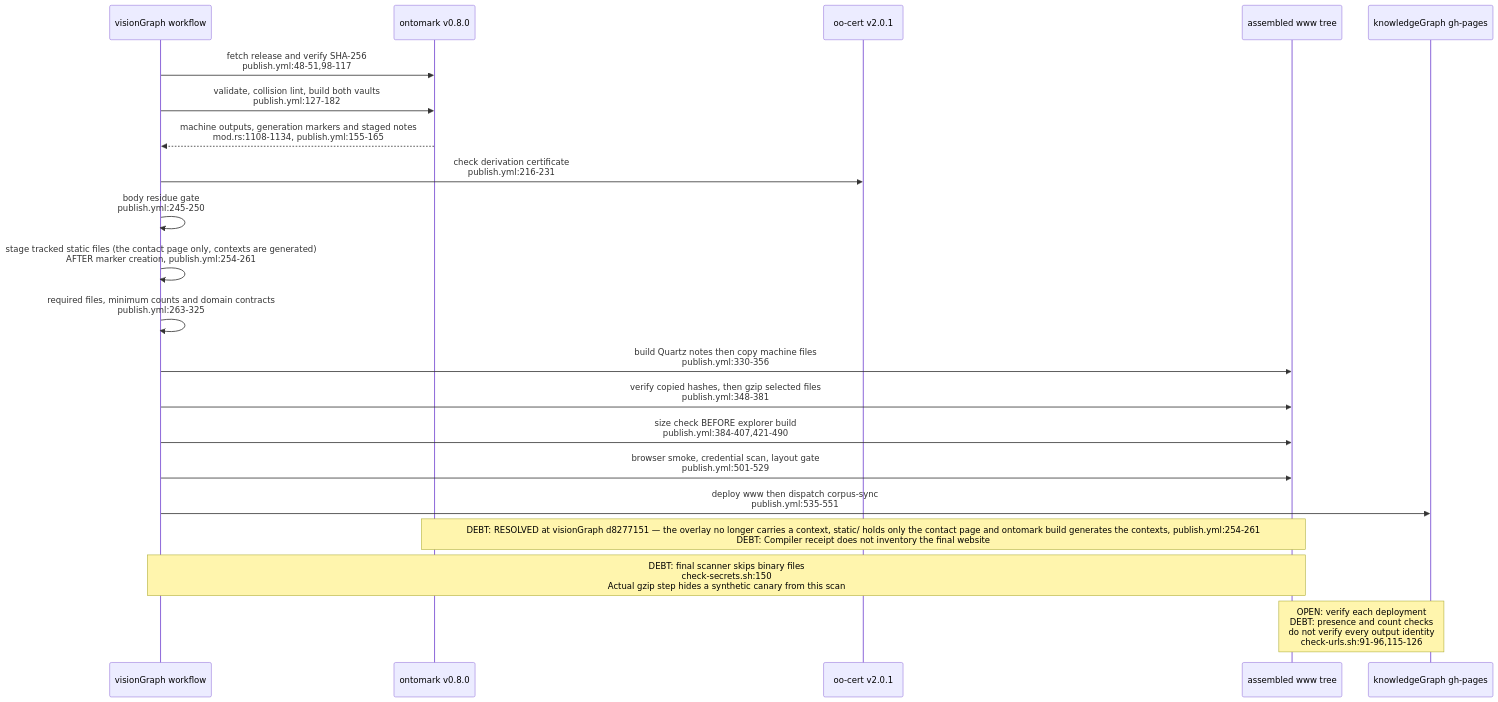
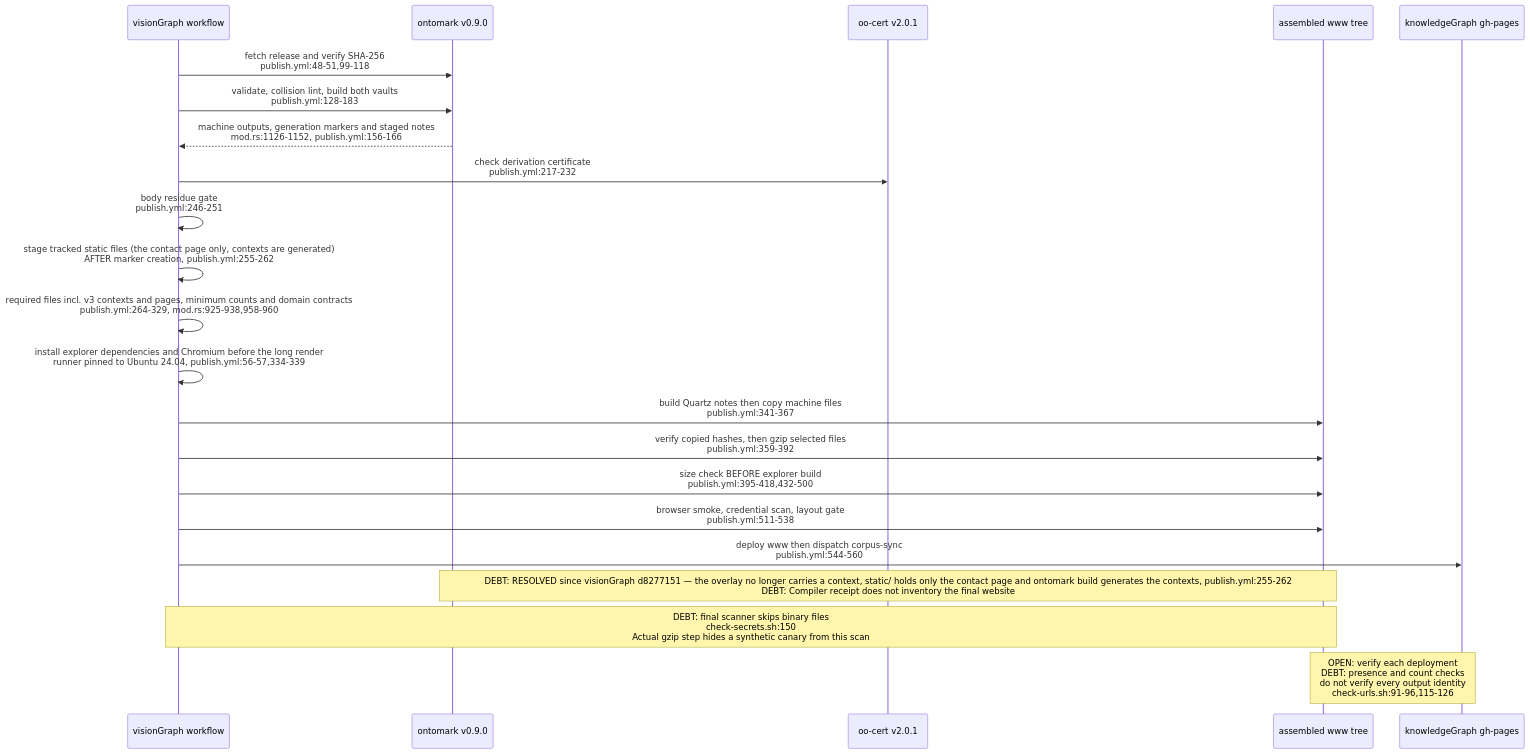
Before and after one commit to DreamLab-AI/VisionFlow: the first of 2 diagrams in docs/diagrams/knowledgegraph/05-ci-cd-and-publish.md, drawn with Mermaid. The commit also changed other lines of this file and 70 other files, not shown here.

First line of the commit message:
docs(diagrams): re-verify 69 topics at current default-branch heads

````diff
--- a/docs/diagrams/knowledgegraph/05-ci-cd-and-publish.md
+++ b/docs/diagrams/knowledgegraph/05-ci-cd-and-publish.md
@@ -31,23 +31,24 @@
 ```mermaid
 sequenceDiagram
     participant V as visionGraph workflow
-    participant O as ontomark v0.8.0
+    participant O as ontomark v0.9.0
     participant C as oo-cert v2.0.1
     participant S as assembled www tree
     participant G as knowledgeGraph gh-pages
-    V->>O: fetch release and verify SHA-256<br/>publish.yml:48-51,98-117
-    V->>O: validate, collision lint, build both vaults<br/>publish.yml:127-182
-    O-->>V: machine outputs, generation markers and staged notes<br/>mod.rs:1108-1134, publish.yml:155-165
-    V->>C: check derivation certificate<br/>publish.yml:216-231
-    V->>V: body residue gate<br/>publish.yml:245-250
-    V->>V: stage tracked static files (the contact page only, contexts are generated)<br/>AFTER marker creation, publish.yml:254-261
-    V->>V: required files, minimum counts and domain contracts<br/>publish.yml:263-325
-    V->>S: build Quartz notes then copy machine files<br/>publish.yml:330-356
-    V->>S: verify copied hashes, then gzip selected files<br/>publish.yml:348-381
-    V->>S: size check BEFORE explorer build<br/>publish.yml:384-407,421-490
-    V->>S: browser smoke, credential scan, layout gate<br/>publish.yml:501-529
-    V->>G: deploy www then dispatch corpus-sync<br/>publish.yml:535-551
-    Note over O,S: DEBT: RESOLVED at visionGraph d8277151 — the overlay no longer carries a context, static/ holds only the contact page and ontomark build generates the contexts, publish.yml:254-261<br/>DEBT: Compiler receipt does not inventory the final website
+    V->>O: fetch release and verify SHA-256<br/>publish.yml:48-51,99-118
+    V->>O: validate, collision lint, build both vaults<br/>publish.yml:128-183
+    O-->>V: machine outputs, generation markers and staged notes<br/>mod.rs:1126-1152, publish.yml:156-166
+    V->>C: check derivation certificate<br/>publish.yml:217-232
+    V->>V: body residue gate<br/>publish.yml:246-251
+    V->>V: stage tracked static files (the contact page only, contexts are generated)<br/>AFTER marker creation, publish.yml:255-262
+    V->>V: required files incl. v3 contexts and pages, minimum counts and domain contracts<br/>publish.yml:264-329, mod.rs:925-938,958-960
+    V->>V: install explorer dependencies and Chromium before the long render<br/>runner pinned to Ubuntu 24.04, publish.yml:56-57,334-339
+    V->>S: build Quartz notes then copy machine files<br/>publish.yml:341-367
+    V->>S: verify copied hashes, then gzip selected files<br/>publish.yml:359-392
+    V->>S: size check BEFORE explorer build<br/>publish.yml:395-418,432-500
+    V->>S: browser smoke, credential scan, layout gate<br/>publish.yml:511-538
+    V->>G: deploy www then dispatch corpus-sync<br/>publish.yml:544-560
+    Note over O,S: DEBT: RESOLVED since visionGraph d8277151 — the overlay no longer carries a context, static/ holds only the contact page and ontomark build generates the contexts, publish.yml:255-262<br/>DEBT: Compiler receipt does not inventory the final website
     Note over V,S: DEBT: final scanner skips binary files<br/>check-secrets.sh:150<br/>Actual gzip step hides a synthetic canary from this scan
     Note over S,G: OPEN: verify each deployment<br/>DEBT: presence and count checks<br/>do not verify every output identity<br/>check-urls.sh:91-96,115-126
 ```
````
